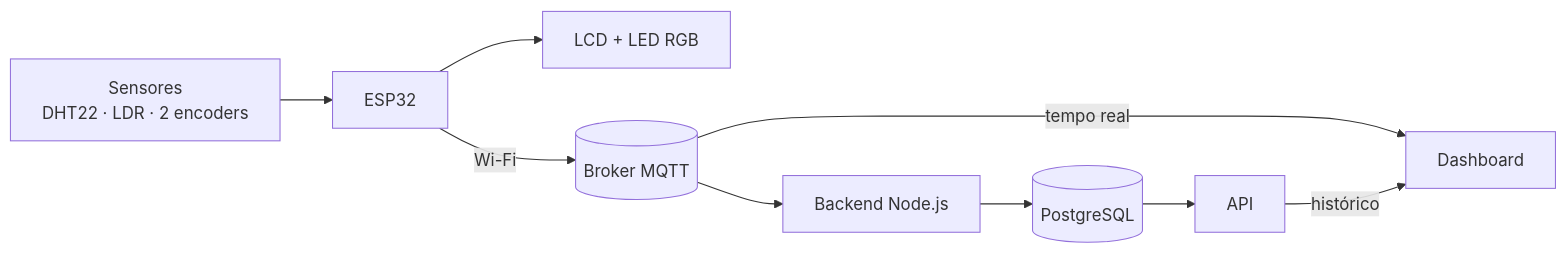
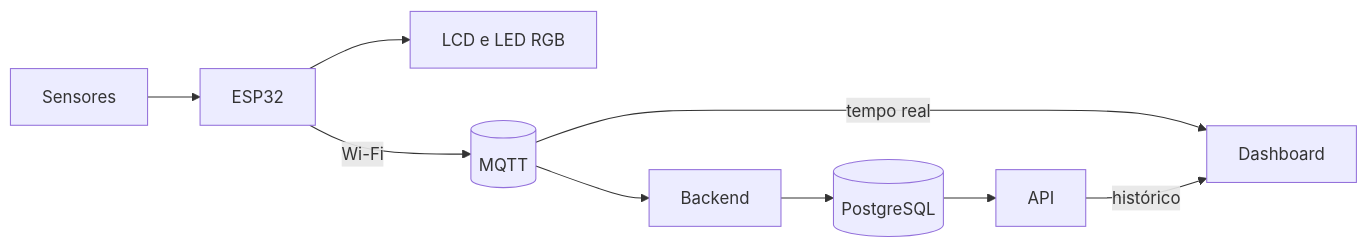
The diagram in README.md (brenalemos09/aeolus-iot), drawn with Mermaid before and after one commit. The commit also changed other lines of this file, not shown here.

````diff
--- a/README.md
+++ b/README.md
@@ -249,11 +41,11 @@
 ```mermaid
 flowchart LR
-    S[Sensores<br/>DHT22 · LDR · 2 encoders] --> E[ESP32]
-    E --> L[LCD + LED RGB]
-    E -->|Wi-Fi| M[(Broker MQTT)]
-    M -->|tempo real| D[Dashboard]
-    M --> B[Backend Node.js]
-    B --> P[(PostgreSQL)]
-    P --> A[API]
-    A -->|histórico| D
+    A[Sensores] --> B[ESP32]
+    B --> C[LCD e LED RGB]
+    B -->|Wi-Fi| D[(MQTT)]
+    D -->|tempo real| F[Dashboard]
+    D --> E[Backend]
+    E --> G[(PostgreSQL)]
+    G --> H[API]
+    H -->|histórico| F
 ```
````
